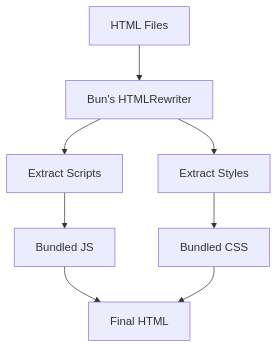
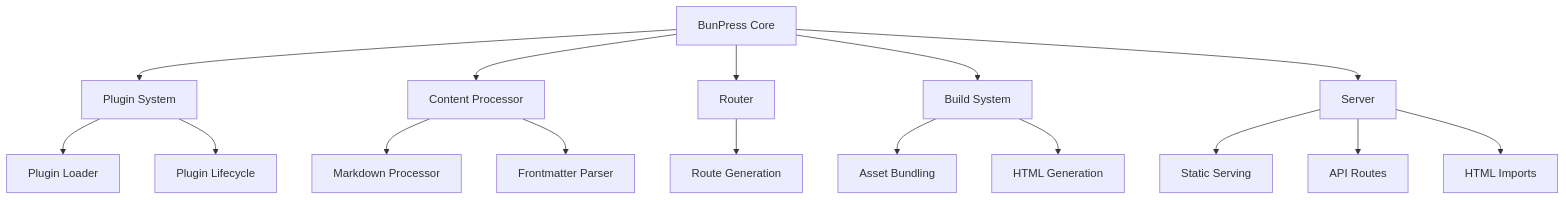
Before and after one commit to bun-press/bunpress: the sixth of 6 diagrams in memory-bank/systemPatterns.md, drawn with Mermaid. The commit also changed other lines of this file and 49 other files, not shown here.

````diff
--- a/memory-bank/systemPatterns.md
+++ b/memory-bank/systemPatterns.md
@@ -692,10 +131,23 @@
 ```mermaid
 graph TD
-    A[HTML Files] --> B[Bun's HTMLRewriter]
-    B --> C[Extract Scripts]
-    B --> D[Extract Styles]
-    C --> E[Bundled JS]
-    D --> F[Bundled CSS]
-    E --> G[Final HTML]
-    F --> G
+    A[BunPress Core] --> B[Plugin System]
+    A --> C[Content Processor]
+    A --> D[Router]
+    A --> E[Build System]
+    A --> F[Server]
+    
+    B --> G[Plugin Loader]
+    B --> H[Plugin Lifecycle]
+    
+    C --> I[Markdown Processor]
+    C --> J[Frontmatter Parser]
+    
+    D --> K[Route Generation]
+    
+    E --> L[Asset Bundling]
+    E --> M[HTML Generation]
+    
+    F --> N[Static Serving]
+    F --> O[API Routes]
+    F --> P[HTML Imports]
 ```
````
